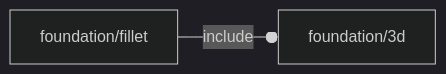
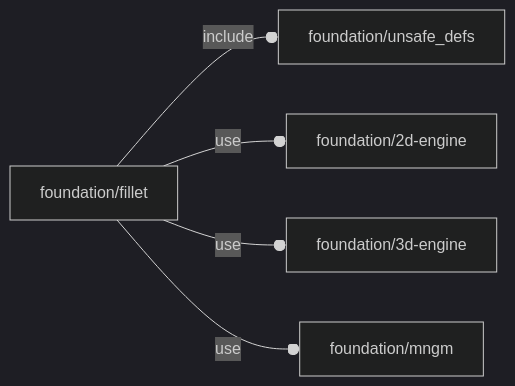
Before and after one commit to ggabbiani/OFL: the diagram in orthodocs/foundation/fillet.md, drawn with Mermaid (dark theme). The commit also changed 74 other files, not shown here.

````diff
--- a/orthodocs/foundation/fillet.md
+++ b/orthodocs/foundation/fillet.md
@@ -5,4 +5,7 @@
 ```mermaid
 graph LR
-    A1[foundation/fillet] --o|include| A2[foundation/3d]
+    A1[foundation/fillet] --o|include| A2[foundation/unsafe_defs]
+    A1 --o|use| A3[foundation/2d-engine]
+    A1 --o|use| A4[foundation/3d-engine]
+    A1 --o|use| A5[foundation/mngm]
 ```
````
